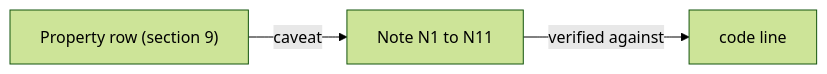
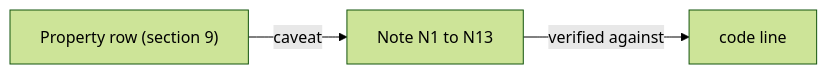
Diagram 12 of 12 in docs/harness/CATEGORY-THEORY.md (ILIYANGERMANOV/nixos), drawn with Mermaid (forest theme) before and after one commit. The commit also changed other lines of this file and 3 other files, not shown here.

````diff
--- a/docs/harness/CATEGORY-THEORY.md
+++ b/docs/harness/CATEGORY-THEORY.md
@@ -338,5 +346,5 @@
 ```mermaid
 flowchart LR
-  P["Property row (section 9)"] -->|"caveat"| N["Note N1 to N11"]
+  P["Property row (section 9)"] -->|"caveat"| N["Note N1 to N13"]
   N -->|"verified against"| C["code line"]
 ```
````
